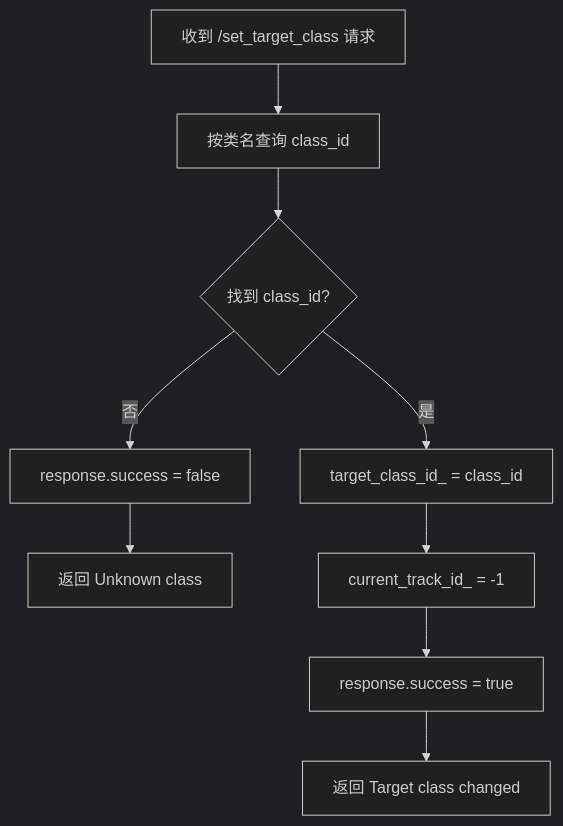
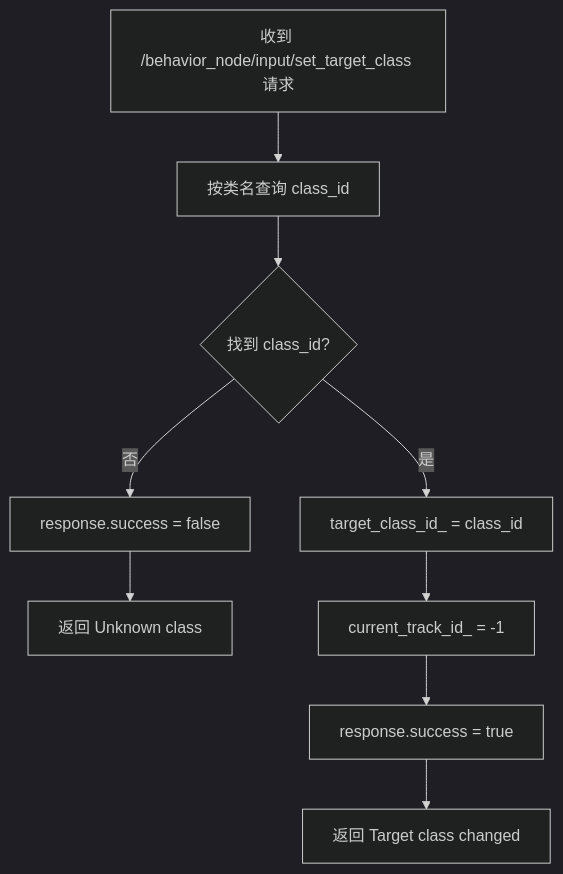
The third of 3 diagrams in docs/behavior_node/behavior_node_code_doc.md (PT233/dog_dev), drawn with Mermaid (dark theme) before and after one commit. The commit also changed other lines of this file and 322 other files, not shown here.

````diff
--- a/docs/behavior_node/behavior_node_code_doc.md
+++ b/docs/behavior_node/behavior_node_code_doc.md
@@ -357,11 +357,11 @@
 ```mermaid
 flowchart TD
-    A[收到 /set_target_class 请求] --> B[按类名查询 class_id]
+    A[收到 /behavior_node/input/set_target_class 请求] --> B[按类名查询 class_id]
     B --> C{找到 class_id?}
     C -- 否 --> D[response.success = false]
     D --> E[返回 Unknown class]
     C -- 是 --> F[target_class_id_ = class_id]
     F --> G[current_track_id_ = -1]
     G --> H[response.success = true]
     H --> I[返回 Target class changed]
 ```
````
